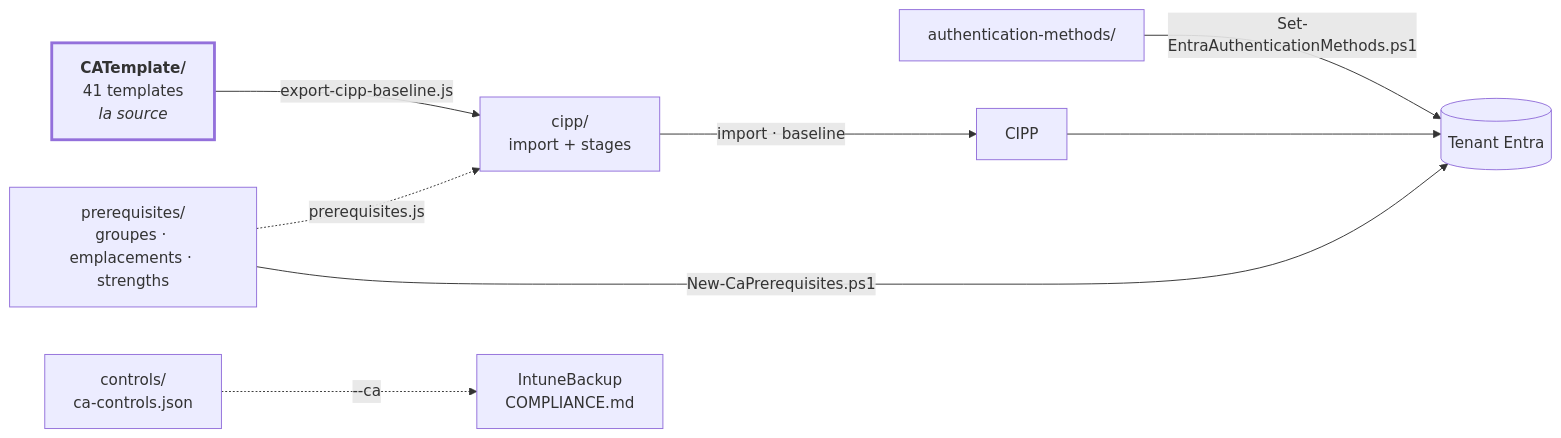
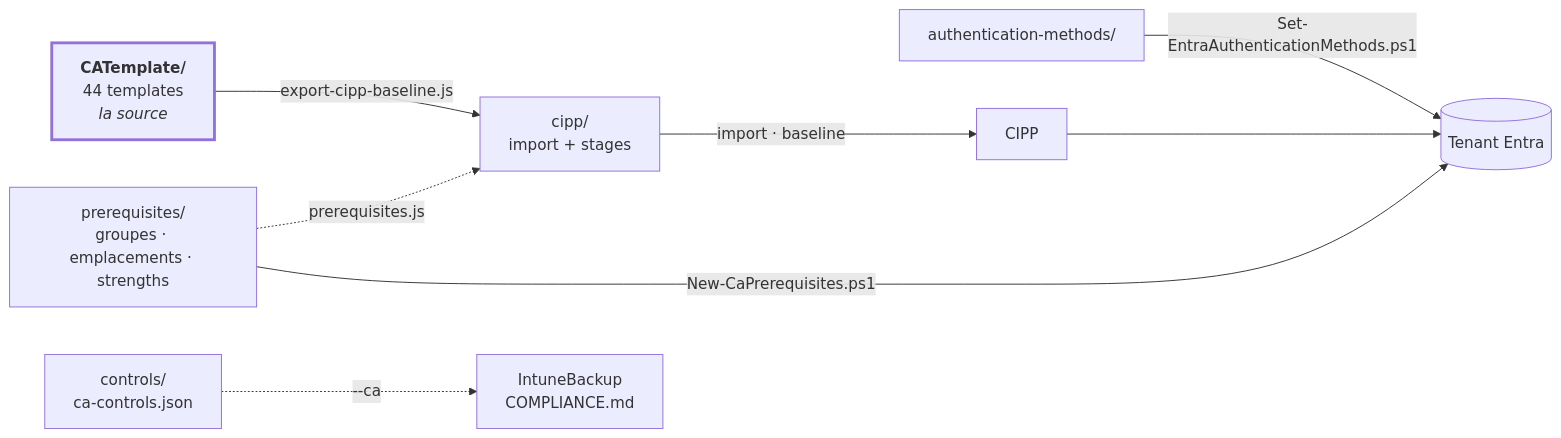
One commit to sjkanon/CA-Policies changed the diagram in README.fr.md. Above: the diagram before and after it, drawn with Mermaid. The commit also changed other lines of this file and 116 other files, not shown here.

````diff
--- a/README.fr.md
+++ b/README.fr.md
@@ -11,19 +11,19 @@
 ```mermaid
 flowchart LR
-  T["<b>CATemplate/</b><br/>41 templates<br/><i>la source</i>"]
+  T["<b>CATemplate/</b><br/>44 templates<br/><i>la source</i>"]
   P["prerequisites/<br/>groupes · emplacements · strengths"]
   C["controls/<br/>ca-controls.json"]
   A["authentication-methods/"]
   X["cipp/<br/>import + stages"]
   TEN[("Tenant Entra")]
 
   T -->|export-cipp-baseline.js| X
   P -.->|prerequisites.js| X
   X -->|import · baseline| CIPP[CIPP]
   CIPP --> TEN
   P -->|New-CaPrerequisites.ps1| TEN
   A -->|Set-EntraAuthenticationMethods.ps1| TEN
   C -.->|--ca| IB["IntuneBackup<br/>COMPLIANCE.md"]
 
   style T stroke-width:3px
 ```
````
